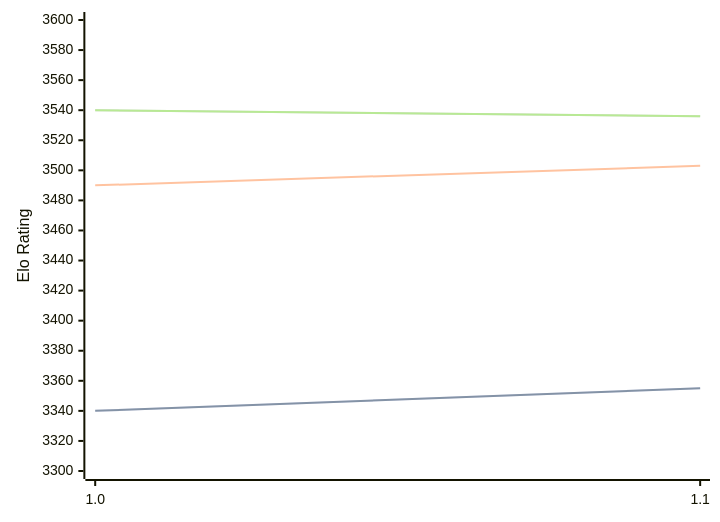
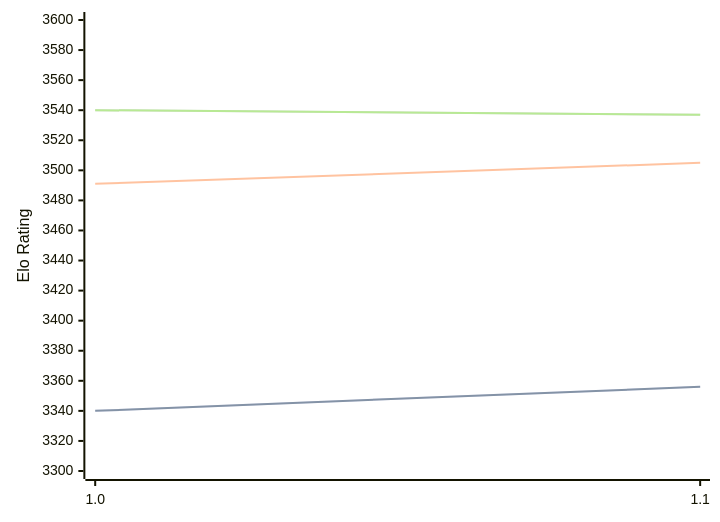
Before and after one commit to computer-chess-index/cci: the diagram in engines/Horsie.md, drawn with Mermaid. The commit also changed other lines of this file, not shown here.

Commit message:
Update CCI Ratings (ELO VLTC) - 2026-09-13

````diff
--- a/engines/Horsie.md
+++ b/engines/Horsie.md
@@ -32,11 +32,11 @@
 ```mermaid
 %%{init: {"theme":"base","themeVariables":{"seriesColors:['#a3a3a3','#222221','#faa371']}}}%%
 xychart-beta
   x-axis ["1.0", "1.1"]
   y-axis "Elo Rating" 3300 --> 3600
-  line "" [3340, 3355]
-  line "STC (8.0+0.08s)" [3340, 3355]
-  line "LTC (60.0+0.60s)" [3490, 3503]
-  line "" [3540, 3536]
-  line "VLTC (2m24s+1.12s)" [3540, 3536]
+  line "" [3340, 3356]
+  line "STC (8.0+0.08s)" [3340, 3356]
+  line "LTC (60.0+0.60s)" [3491, 3505]
+  line "" [3540, 3537]
+  line "VLTC (2m24s+1.12s)" [3540, 3537]
 ```
````
